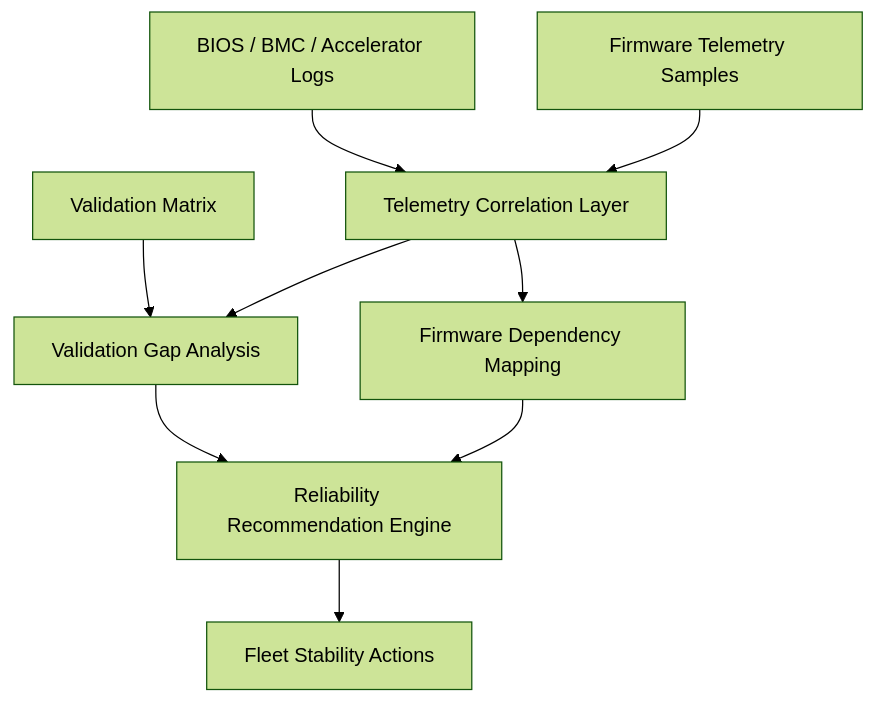
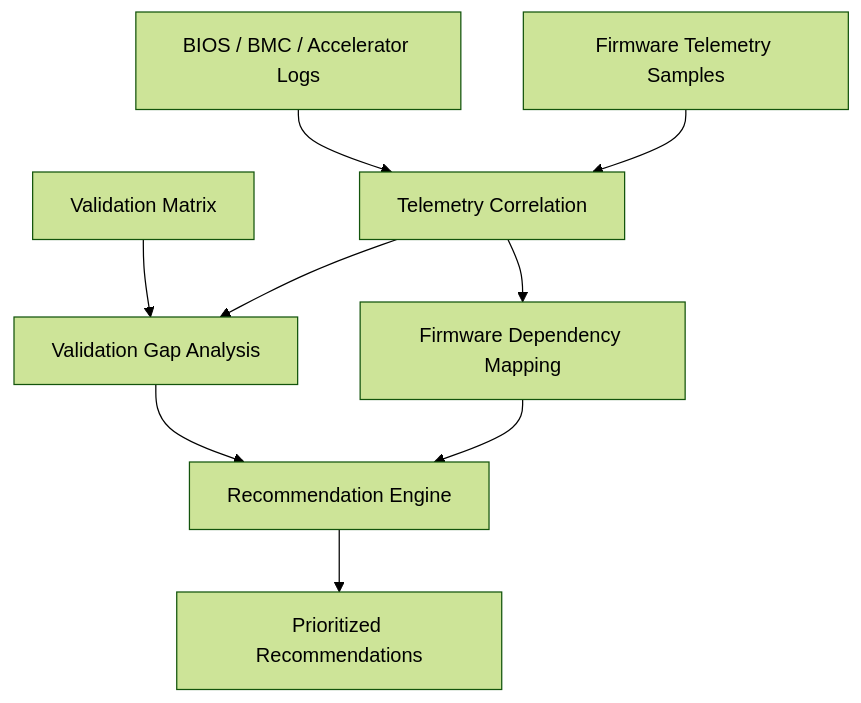
One commit to Yao-heng/ai-accelerator-reliability-intelligence changed the diagram in README.md. Above: the diagram before and after it, drawn with Mermaid (forest theme). The commit also changed other lines of this file and 7 other files, not shown here.

````diff
--- a/README.md
+++ b/README.md
@@ -248,11 +312,11 @@
 ```mermaid
 flowchart TD
-    A["BIOS / BMC / Accelerator Logs"] --> D["Telemetry Correlation Layer"]
+    A["BIOS / BMC / Accelerator Logs"] --> D["Telemetry Correlation"]
     B["Firmware Telemetry Samples"] --> D
     C["Validation Matrix"] --> E["Validation Gap Analysis"]
     D --> E
     D --> F["Firmware Dependency Mapping"]
-    E --> G["Reliability Recommendation Engine"]
+    E --> G["Recommendation Engine"]
     F --> G
-    G --> H["Fleet Stability Actions"]
+    G --> H["Prioritized Recommendations"]
 ```
````
